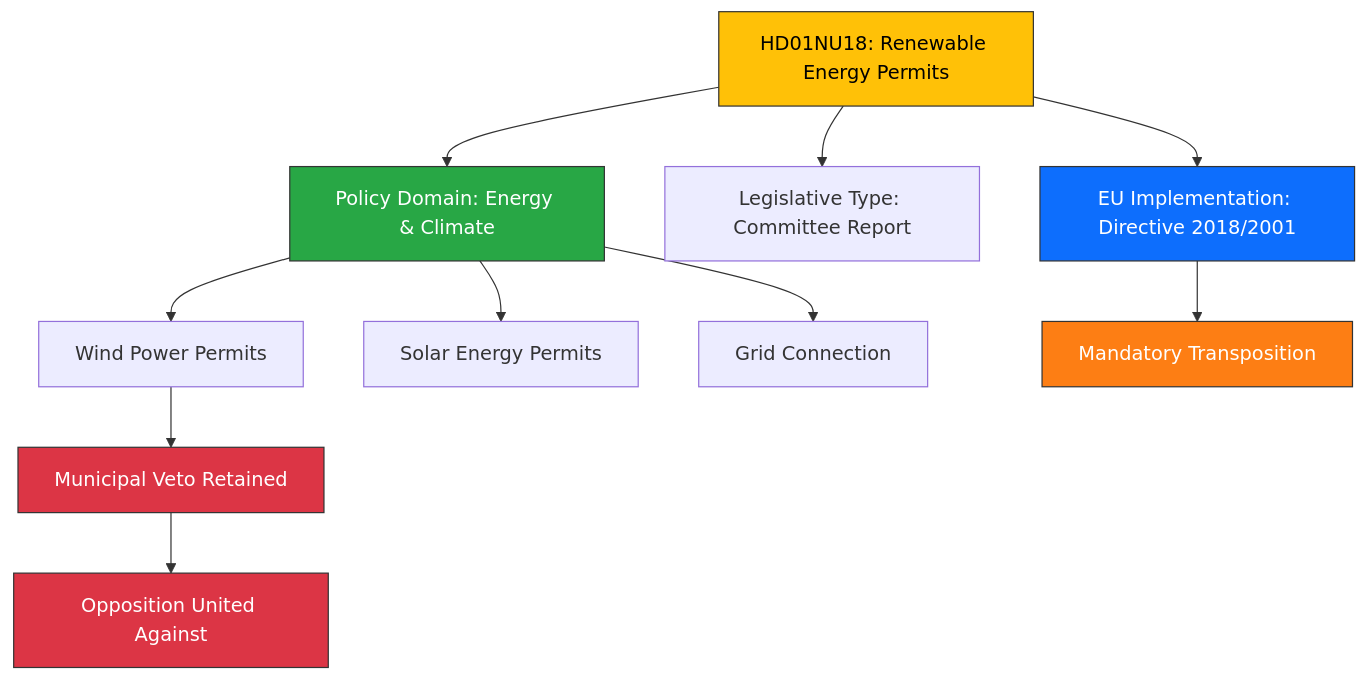
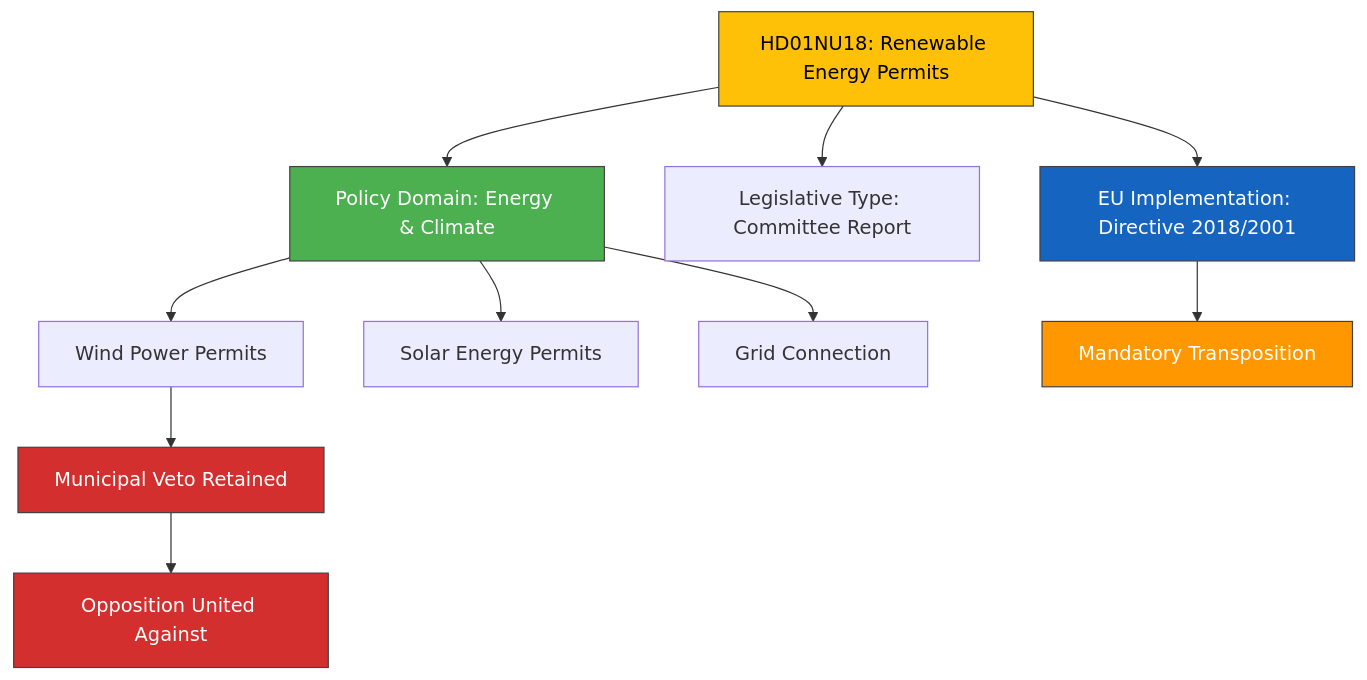
Before and after one commit to Hack23/riksdagsmonitor: the diagram in analysis/daily/2026-04-08/realtime-1146/documents/hd01nu18-analysis.md, drawn with Mermaid. The commit also changed 785 other files, not shown here.

First line of the commit message:
Normalize mermaid colors across 786 analysis artifacts to ISMS Style Guide palette

````diff
--- a/analysis/daily/2026-04-08/realtime-1146/documents/hd01nu18-analysis.md
+++ b/analysis/daily/2026-04-08/realtime-1146/documents/hd01nu18-analysis.md
@@ -27,18 +27,18 @@
 ```mermaid
 graph TD
     A["HD01NU18: Renewable Energy Permits"] --> B["Policy Domain: Energy & Climate"]
     A --> C["Legislative Type: Committee Report"]
     A --> D["EU Implementation: Directive 2018/2001"]
     B --> E["Wind Power Permits"]
     B --> F["Solar Energy Permits"]
     B --> G["Grid Connection"]
     D --> H["Mandatory Transposition"]
     E --> I["Municipal Veto Retained"]
     I --> J["Opposition United Against"]
-    style A fill:#ffc107,stroke:#333,color:#000
-    style B fill:#28a745,stroke:#333,color:#fff
-    style D fill:#0d6efd,stroke:#333,color:#fff
-    style I fill:#dc3545,stroke:#333,color:#fff
-    style J fill:#dc3545,stroke:#333,color:#fff
-    style H fill:#fd7e14,stroke:#333,color:#fff
+    style A fill:#FFC107,stroke:#424242,color:#000000
+    style B fill:#4CAF50,stroke:#424242,color:#FFFFFF
+    style D fill:#1565C0,stroke:#424242,color:#FFFFFF
+    style I fill:#D32F2F,stroke:#424242,color:#FFFFFF
+    style J fill:#D32F2F,stroke:#424242,color:#FFFFFF
+    style H fill:#FF9800,stroke:#424242,color:#FFFFFF
 ```
````
